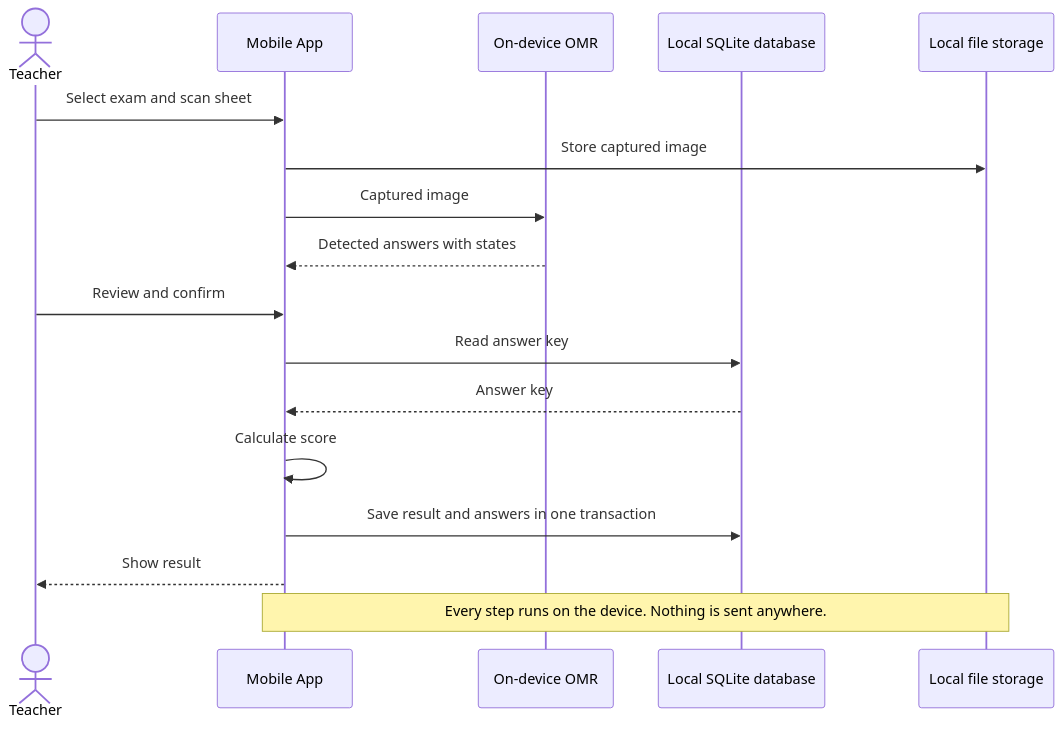
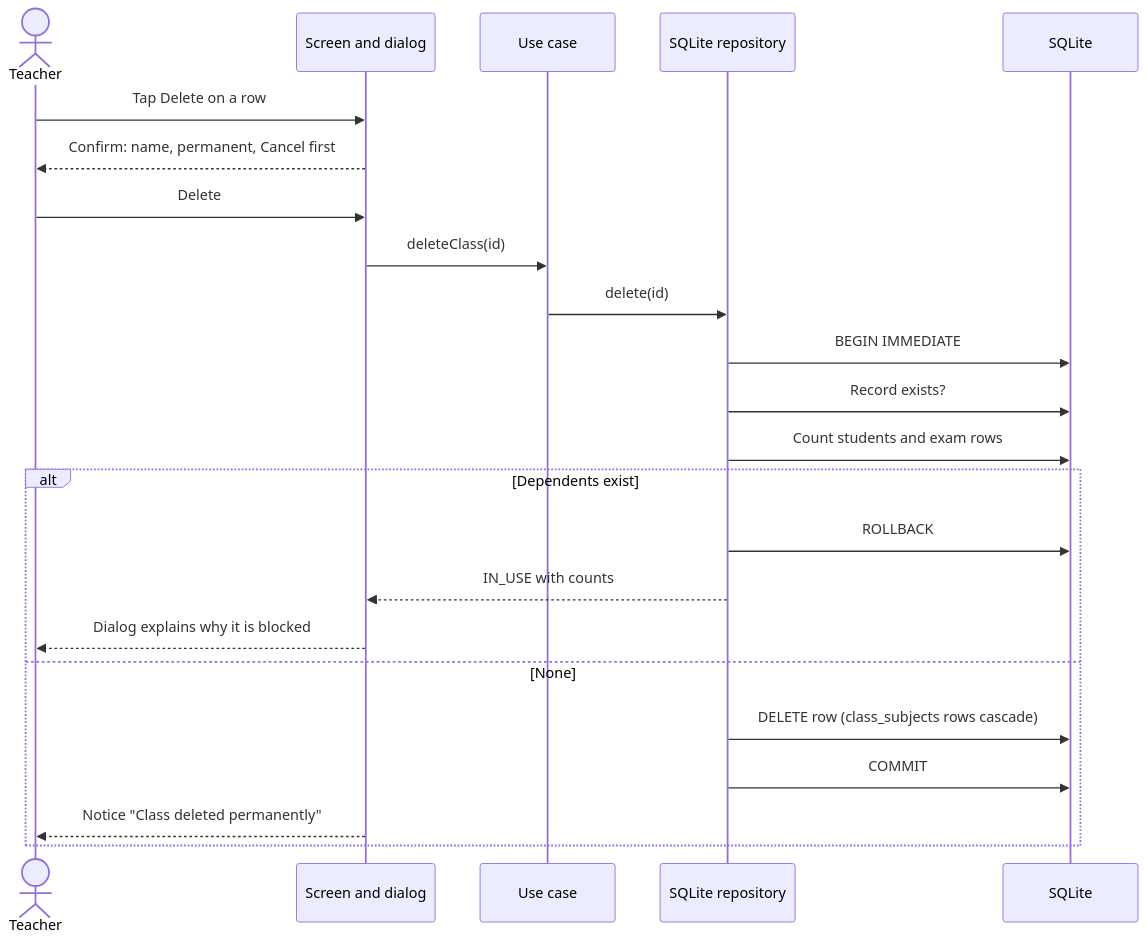
One commit to nicolaseugenio2022-cyber/answer-checker changed the tenth of 11 diagrams in docs/diagrams.md. Above: the diagram before and after it, drawn with Mermaid. The commit also changed other lines of this file and 6 other files, not shown here.

````diff
--- a/docs/diagrams.md
+++ b/docs/diagrams.md
@@ -88,20 +316,26 @@
 ```mermaid
 sequenceDiagram
     actor Teacher
-    participant App as Mobile App
-    participant OMR as On-device OMR
-    participant DB as Local SQLite database
-    participant Files as Local file storage
+    participant UI as Screen and dialog
+    participant UC as Use case
+    participant Repo as SQLite repository
+    participant DB as SQLite
 
-    Teacher->>App: Select exam and scan sheet
-    App->>Files: Store captured image
-    App->>OMR: Captured image
-    OMR-->>App: Detected answers with states
-    Teacher->>App: Review and confirm
-    App->>DB: Read answer key
-    DB-->>App: Answer key
-    App->>App: Calculate score
-    App->>DB: Save result and answers in one transaction
-    App-->>Teacher: Show result
-    Note over App,Files: Every step runs on the device. Nothing is sent anywhere.
+    Teacher->>UI: Tap Delete on a row
+    UI-->>Teacher: Confirm: name, permanent, Cancel first
+    Teacher->>UI: Delete
+    UI->>UC: deleteClass(id)
+    UC->>Repo: delete(id)
+    Repo->>DB: BEGIN IMMEDIATE
+    Repo->>DB: Record exists?
+    Repo->>DB: Count students and exam rows
+    alt Dependents exist
+        Repo->>DB: ROLLBACK
+        Repo-->>UI: IN_USE with counts
+        UI-->>Teacher: Dialog explains why it is blocked
+    else None
+        Repo->>DB: DELETE row (class_subjects rows cascade)
+        Repo->>DB: COMMIT
+        UI-->>Teacher: Notice "Class deleted permanently"
+    end
 ```
````
